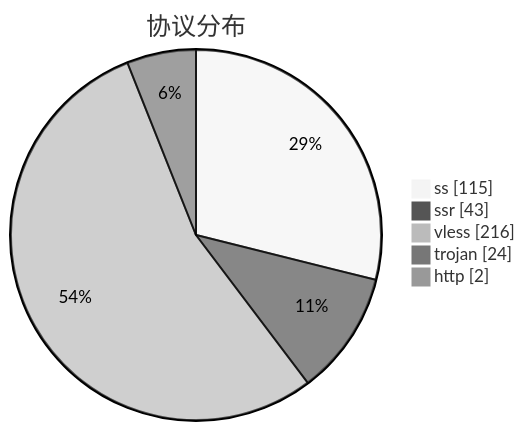
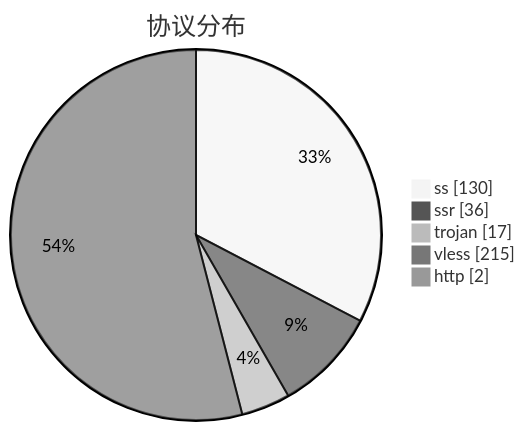
The third of 3 diagrams in subs/statistics/tested_within.md (qjlxg/airport), drawn with Mermaid (neutral theme) before and after one commit. The commit also changed other lines of this file and 2 other files, not shown here.

````diff
--- a/subs/statistics/tested_within.md
+++ b/subs/statistics/tested_within.md
@@ -19,9 +19,9 @@
 ```mermaid
 pie showData
 title 协议分布
-"ss" : 115
-"ssr" : 43
-"vless" : 216
-"trojan" : 24
+"ss" : 130
+"ssr" : 36
+"trojan" : 17
+"vless" : 215
 "http" : 2
 ```
````
